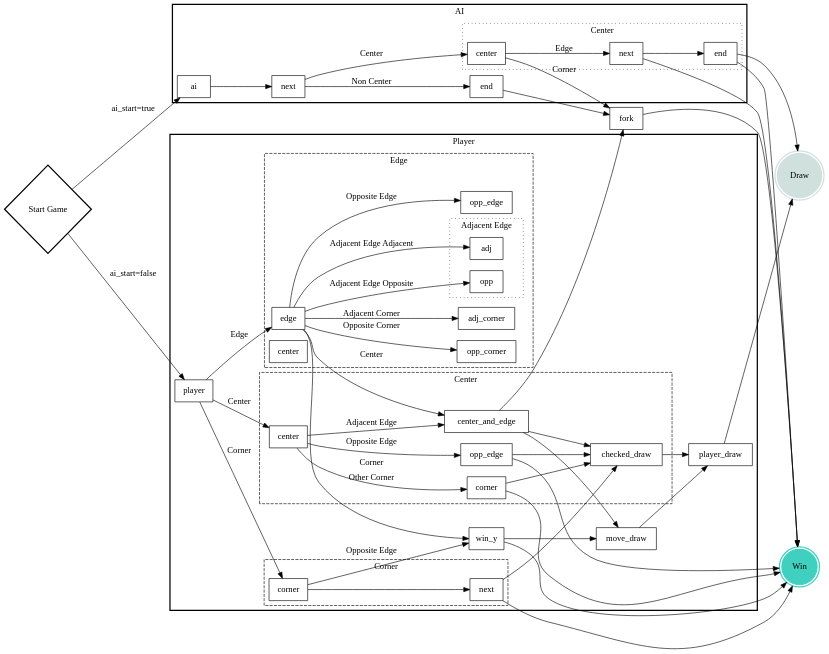
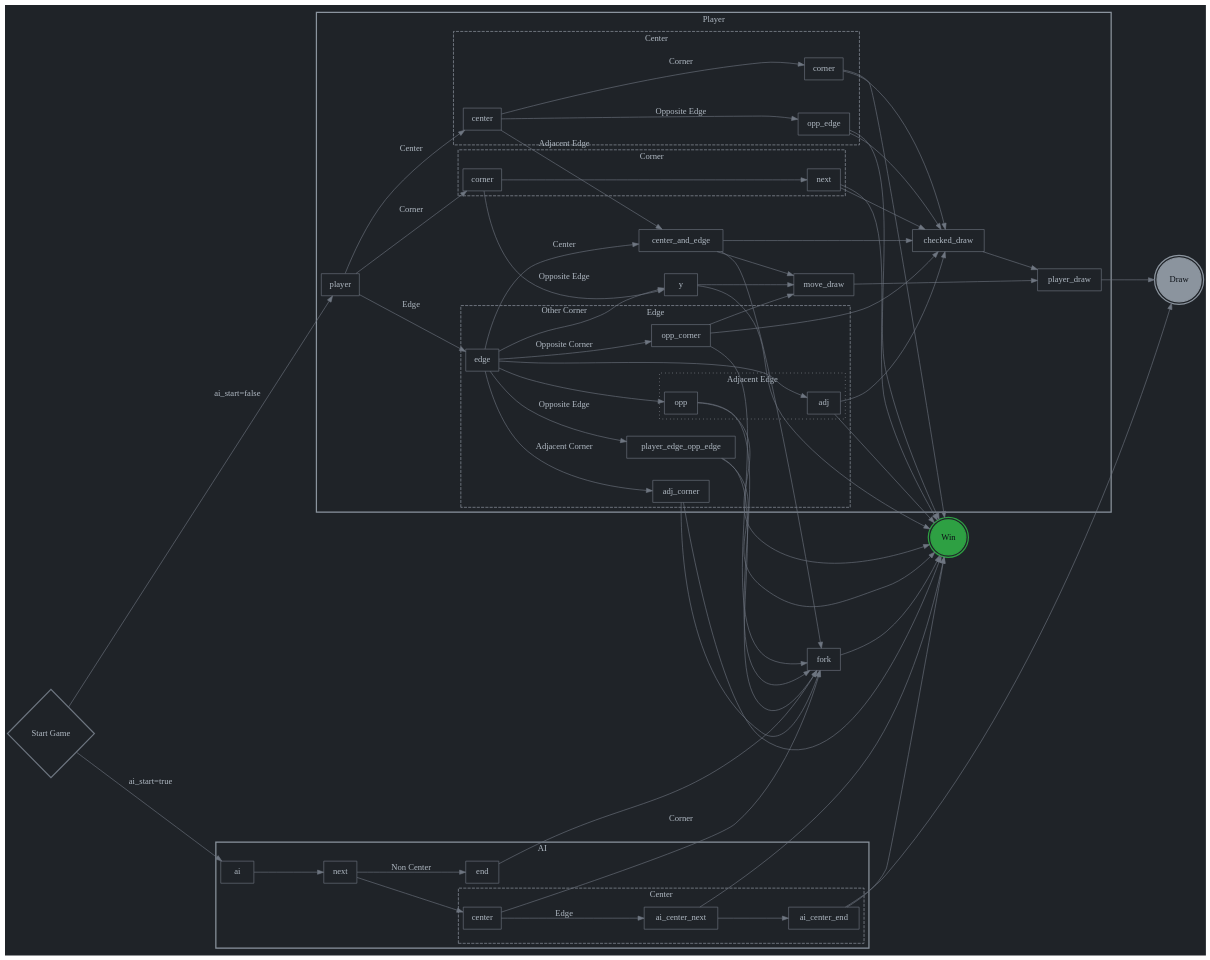
Before and after one commit to TasinFarhanMC/TTac: the diagram in graph/control_flow.dot, drawn with Graphviz. The commit also changed 3 other files, not shown here.

Commit message:
Finished graph

```diff
--- a/graph/control_flow.dot
+++ b/graph/control_flow.dot
@@ -1,143 +1,158 @@
-digraph TTacControlFlow {
-  graph [bgcolor=transparent, rankdir=LR];
-  node [shape=box];
+digraph ControlFlow {
+  graph [
+    bgcolor="#1f2328",
+    fontcolor="#b1bac4",
+    rankdir=LR,
+    newrank=true,
+    nodesep=0.5,
+    ranksep=1.2
+  ];
+  
+  node [shape=box, fontcolor="#b1bac4", color="#6e7681"];
+  edge [color="#6e7681", fontcolor="#b1bac4"];
 
-  win [label="Win", shape=doublecircle, style="filled, bold", color="#40D0C0"];
-  draw [label="Draw", shape=doublecircle, style="filled, bold", color="#D0E0DD"];
-  { rank = max; win; draw; }
+  // -------------------
+  // 1. Terminals (Stay Outside)
+  // -------------------
+  win [label="Win", shape=doublecircle, style="filled, bold", color="#2ea043", fontcolor="#0d1117"];
+  draw [label="Draw", shape=doublecircle, style="filled, bold", color="#8b949e", fontcolor="#0d1117"];
+  fork;
 
-  fork -> win;
-  { rank = same; fork; }
-
+  // -------------------
+  // 2. Start Logic
+  // -------------------
   game [label="Start Game", shape=diamond, style=bold, width=1, height=2];
   game -> ai [label="ai_start=true"];
   game -> player [label="ai_start=false"];
-  
 
+  // -------------------
+  // 3. AI Branch (Weight = 0)
+  // -------------------
   subgraph cluster_ai {
     label="AI";
-    style=bold;
+    style=bold; color="#8b949e";
+    
+    ai -> next;
+    next -> end [label="Non Center"];
+    next -> ai_center;
 
-    ai -> next;
-
-    next -> end [label="Non Center"];
-    next -> center [label="Center"];
-
-    end -> fork;
-
-    subgraph cluster_center {
+    subgraph cluster_ai_center {
       label="Center";
-      style=dotted;
-
-      center -> fork [label="Corner"];
-
-      center -> center_next [label="Edge"];
-
-      center_next [label="next"];
-      center_end [label="end"];
-
-      center_next -> win;
-      center_next -> center_end;
-
-      center_end -> win;
-      center_end -> draw;
+      style=dashed; color="#9ca3af";
+      ai_center [label="center"];
+      ai_center -> ai_center_next [label="Edge"];
+      ai_center_next -> ai_center_end;
     };
   }
-  
+
+  // -------------------
+  // 4. Player Branch (Weight = 5)
+  // -------------------
   subgraph cluster_player {
     label="Player";
-    style=bold;
-
-    player_draw -> draw;
-    {rank=max; player_draw};
-
-    subgraph cluster_terminal {
-      style="invis";
-
-      checked_draw -> player_draw;
-      move_draw -> player_draw;
-      // {rank=same; checked_draw, move_draw};
-
-      win_y -> win;
-      win_y -> move_draw;
-
-      center_and_edge -> fork;
-      center_and_edge -> checked_draw;
-      center_and_edge -> move_draw;
-    }
+    style=bold; color="#8b949e";
 
     player -> player_center [label="Center"];
     player -> player_corner [label="Corner"];
     player -> player_edge [label="Edge"];
 
-    subgraph cluster_center {
+    subgraph cluster_terminal_logic {
+      style="invis";
+      checked_draw -> player_draw;
+      move_draw -> player_draw;
+      y -> move_draw;
+      center_and_edge -> checked_draw;
+      center_and_edge -> move_draw;
+    }
+
+    subgraph cluster_player_center {
       label="Center";
-      style=dashed;
-
+      style=dashed; color="#9ca3af";
       player_center [label="center"];
       player_center_corner [label="corner"];
       player_center_opp_edge [label="opp_edge"];
-
       player_center -> player_center_corner [label="Corner"];
 
-      player_center_corner -> win;
-      player_center_corner -> checked_draw;
-
-      subgraph cluster_center_edge {
-        style="invis";
-        rank = same;
-
+      subgraph cluster_player_center_edge {
+        style=invis;
         player_center -> center_and_edge [label="Adjacent Edge"];
         player_center -> player_center_opp_edge [label="Opposite Edge"];
-
-        player_center_opp_edge -> win;
-        player_center_opp_edge -> checked_draw;
       }
     }
 
-    subgraph cluster_corner {
+    subgraph cluster_player_corner {
       label="Corner";
-      style=dashed;
-
+      style=dashed; color="#9ca3af";
       player_corner [label="corner"];
       player_corner_next [label="next"];
-
       player_corner -> player_corner_next;
-      player_corner -> win_y [label="Opposite Edge"];
-
-      player_corner_next -> win;
-      player_corner_next -> checked_draw;
+      player_corner -> y [label="Opposite Edge"];
     }
 
-    subgraph cluster_edge {
+    subgraph cluster_player_edge {
       label="Edge";
-      style=dashed;
-
+      style=dashed; color="#9ca3af";
       player_edge [label="edge"];
-      player_edge_center [label="center"];
       player_edge_opp_corner [label="opp_corner"];
       player_edge_adj_corner [label="adj_corner"];
 
-      player_edge -> win_y [label="Other Corner"];
+      player_edge -> y [label="Other Corner"];
       player_edge -> center_and_edge [label="Center"];
       player_edge -> player_edge_opp_corner [label="Opposite Corner"];
       player_edge -> player_edge_adj_corner [label="Adjacent Corner"];
       player_edge -> player_edge_opp_edge [label="Opposite Edge"];
-      player_edge -> player_edge_opp [label="Adjacent Edge Opposite"];
-      player_edge -> player_edge_adj [label="Adjacent Edge Adjacent"];
+      player_edge -> player_edge_opp;
+      player_edge -> player_edge_adj;
 
-      subgraph cluster_edge {
-        style=invis;
-        player_edge_opp_edge [label="opp_edge"];
-
-        subgraph cluster_adj_edge {
+      subgraph cluster_adj_edge {
           label="Adjacent Edge";
-          style=dotted;
-
+          style=dotted; color="#c0c5cc";
           player_edge_opp [label="opp"];
           player_edge_adj [label="adj"];
-        }
       }
     }
   }
+
+  // -------------------
+  // 5. GLOBAL CONNECTIONS (Weight Balanced)
+  // -------------------
+
+  // AI Exits: WEIGHT 0 (No pulling power)
+  end -> fork [weight=0];
+  ai_center -> fork [label="Corner", weight=0];
+  ai_center_next -> win [weight=0];
+  ai_center_end -> win [weight=0];
+  ai_center_end -> draw [weight=0];
+
+  // Player Exits: WEIGHT 5 (Strong anchoring power)
+  player_draw -> draw [weight=5];
+  y -> win [weight=5];
+  center_and_edge -> fork [weight=0];
+  
+  player_center_corner -> win [weight=5];
+  player_center_corner -> checked_draw [weight=5];
+  player_center_opp_edge -> win [weight=5];
+  player_center_opp_edge -> checked_draw [weight=5];
+  
+  player_corner_next -> win [weight=5];
+  player_corner_next -> checked_draw [weight=5];
+
+  player_edge_opp_corner -> checked_draw [weight=5];
+  player_edge_opp_corner -> move_draw [weight=5];
+  player_edge_opp_corner -> fork [weight=0];
+
+  player_edge_adj_corner -> win [weight=5];
+  player_edge_adj_corner -> fork [weight=0];
+
+  player_edge_opp_edge -> win [weight=5];
+  player_edge_opp_edge -> fork [weight=0];
+
+  player_edge_opp -> win [weight=5];
+  player_edge_opp -> fork [weight=0];
+
+  player_edge_adj -> win [weight=5];
+  player_edge_adj -> checked_draw [weight=5];
+
+  // Keeps the Fork/Win relationship horizontal
+  fork -> win;
 }
```
